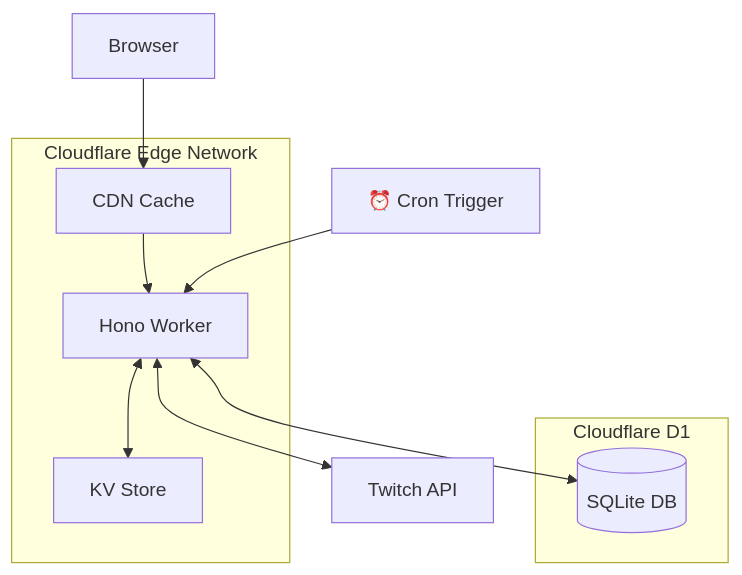
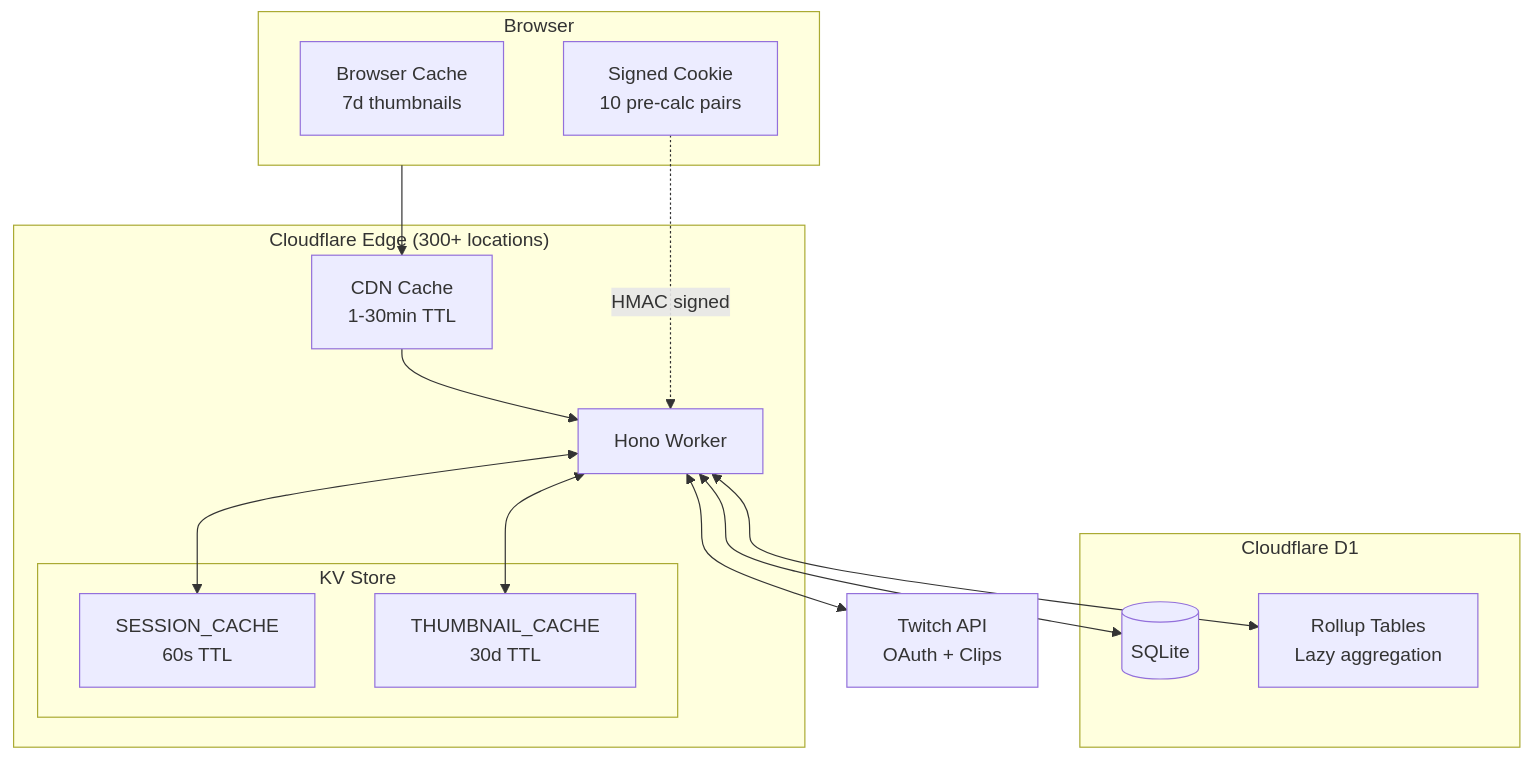
Before and after one commit to DigiBugCat/flipper-clippers: the diagram in README.md, drawn with Mermaid. The commit also changed other lines of this file, not shown here.

Commit message:
Update architecture diagram with detailed caching layers
- Replace simple diagram with technical multi-layer caching view
- Add caching table showing all layers with TTLs and purposes
- Remove incorrect cron trigger (aggregation is lazy, not scheduled)
- Document key optimizations: lazy aggregation, incremental rollups,
  cookie-based batching, session caching
- Fix API endpoints description for /api/aggregate

🤖 Generated with [Claude Code](https://claude.com/claude-code)

````diff
--- a/README.md
+++ b/README.md
@@ -20,19 +20,31 @@
 ```mermaid
 flowchart TB
-    subgraph Edge["Cloudflare Edge Network"]
-        CDN["CDN Cache"]
-        Worker["Hono Worker"]
-        KV["KV Store"]
+    subgraph Client["Browser"]
+        BC["Browser Cache<br/>7d thumbnails"]
+        Cookie["Signed Cookie<br/>10 pre-calc pairs"]
     end
 
-    subgraph Storage["Cloudflare D1"]
-        DB[(SQLite DB)]
+    subgraph Edge["Cloudflare Edge (300+ locations)"]
+        CDN["CDN Cache<br/>1-30min TTL"]
+        Worker["Hono Worker"]
+
+        subgraph KV["KV Store"]
+            Sessions["SESSION_CACHE<br/>60s TTL"]
+            Thumbs["THUMBNAIL_CACHE<br/>30d TTL"]
+        end
     end
 
-    Browser["Browser"] --> CDN
+    subgraph D1["Cloudflare D1"]
+        DB[(SQLite)]
+        Rollups["Rollup Tables<br/>Lazy aggregation"]
+    end
+
+    Client --> CDN
     CDN --> Worker
-    Worker <--> KV
+    Worker <--> Sessions
+    Worker <--> Thumbs
     Worker <--> DB
-    Worker <--> Twitch["Twitch API"]
-    Cron["⏰ Cron Trigger"] --> Worker
+    Worker <--> Rollups
+    Worker <--> Twitch["Twitch API<br/>OAuth + Clips"]
+    Cookie -.->|"HMAC signed"| Worker
 ```
````
